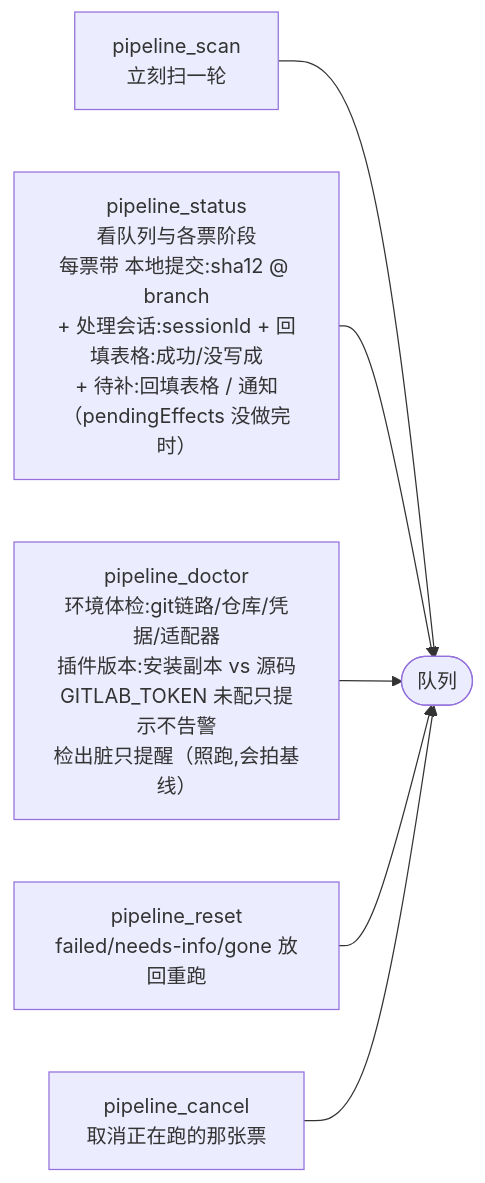
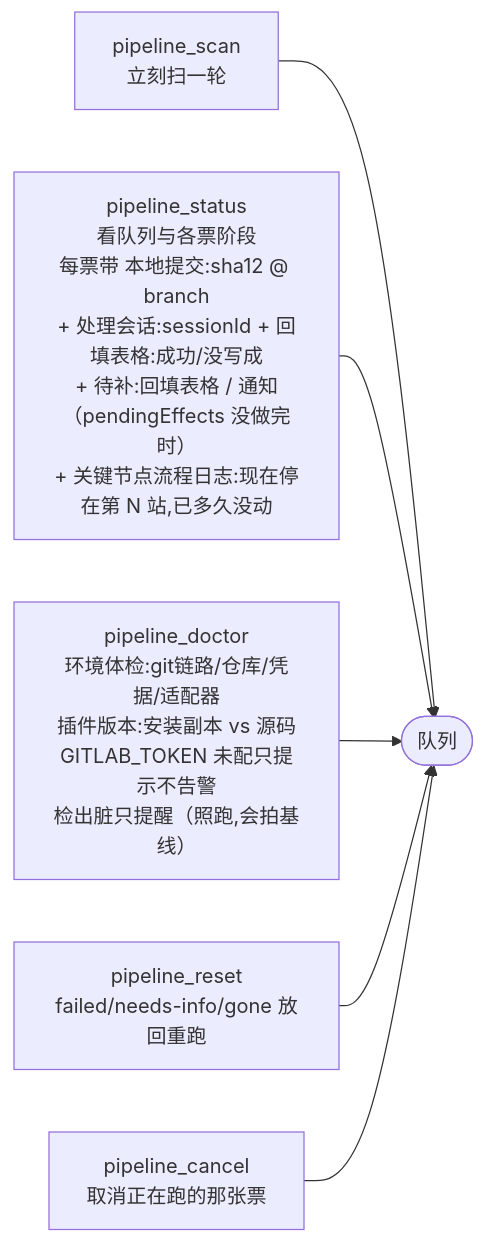
One commit to Mentality486/dsh-ticket-pipeline changed the sixth of 6 diagrams in docs/ticket-pipeline/operation-flow.md. Above: the diagram before and after it, drawn with Mermaid. The commit also changed other lines of this file and 13 other files, not shown here.

First line of the commit message:
feat(ticket-pipeline): 关键节点流程日志（时间线），一眼看出卡在哪一站

````diff
--- a/docs/ticket-pipeline/operation-flow.md
+++ b/docs/ticket-pipeline/operation-flow.md
@@ -194,8 +196,8 @@
 ```mermaid
 flowchart LR
     T1[pipeline_scan<br/>立刻扫一轮] --> Q([队列])
-    T2[pipeline_status<br/>看队列与各票阶段<br/>每票带 本地提交:sha12 @ branch<br/>+ 处理会话:sessionId + 回填表格:成功/没写成<br/>+ 待补:回填表格 / 通知（pendingEffects 没做完时）] --> Q
+    T2[pipeline_status<br/>看队列与各票阶段<br/>每票带 本地提交:sha12 @ branch<br/>+ 处理会话:sessionId + 回填表格:成功/没写成<br/>+ 待补:回填表格 / 通知（pendingEffects 没做完时）<br/>+ 关键节点流程日志:现在停在第 N 站,已多久没动] --> Q
     T3[pipeline_doctor<br/>环境体检:git链路/仓库/凭据/适配器<br/>插件版本:安装副本 vs 源码<br/>GITLAB_TOKEN 未配只提示不告警<br/>检出脏只提醒（照跑,会拍基线）] --> Q
     T4[pipeline_reset<br/>failed/needs-info/gone 放回重跑] --> Q
     T5[pipeline_cancel<br/>取消正在跑的那张票] --> Q
 ```
````
